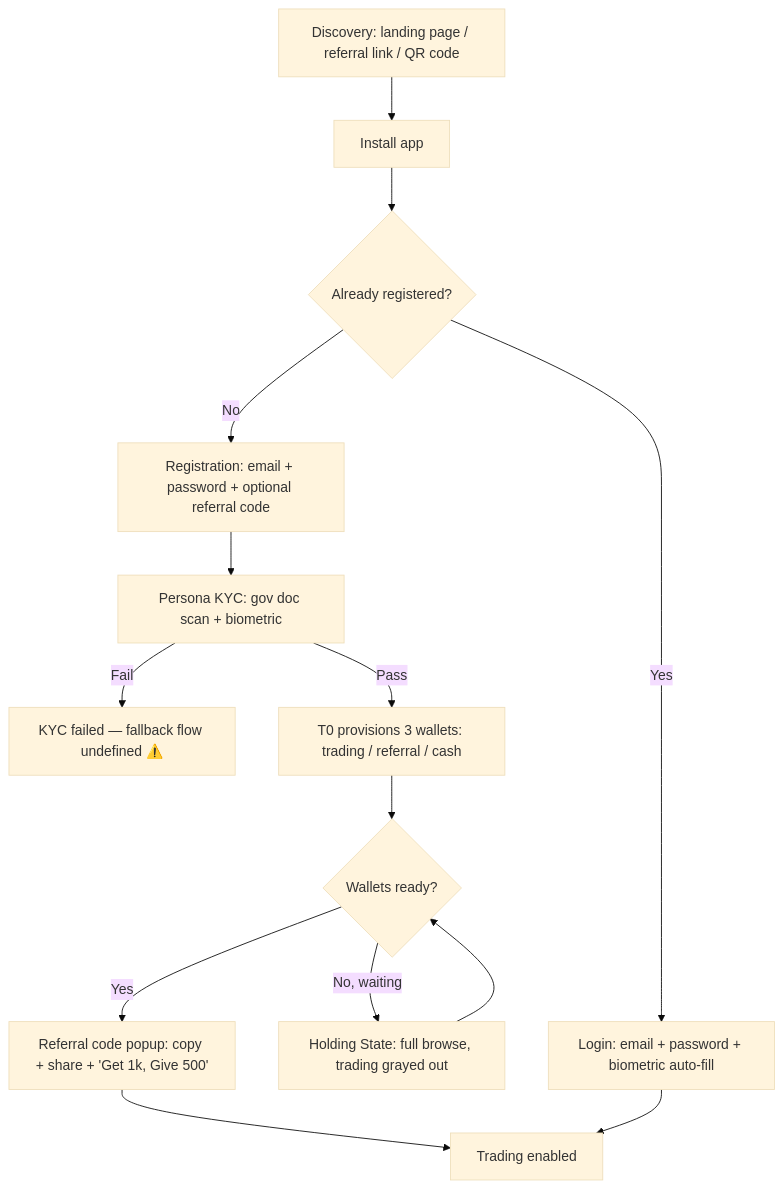
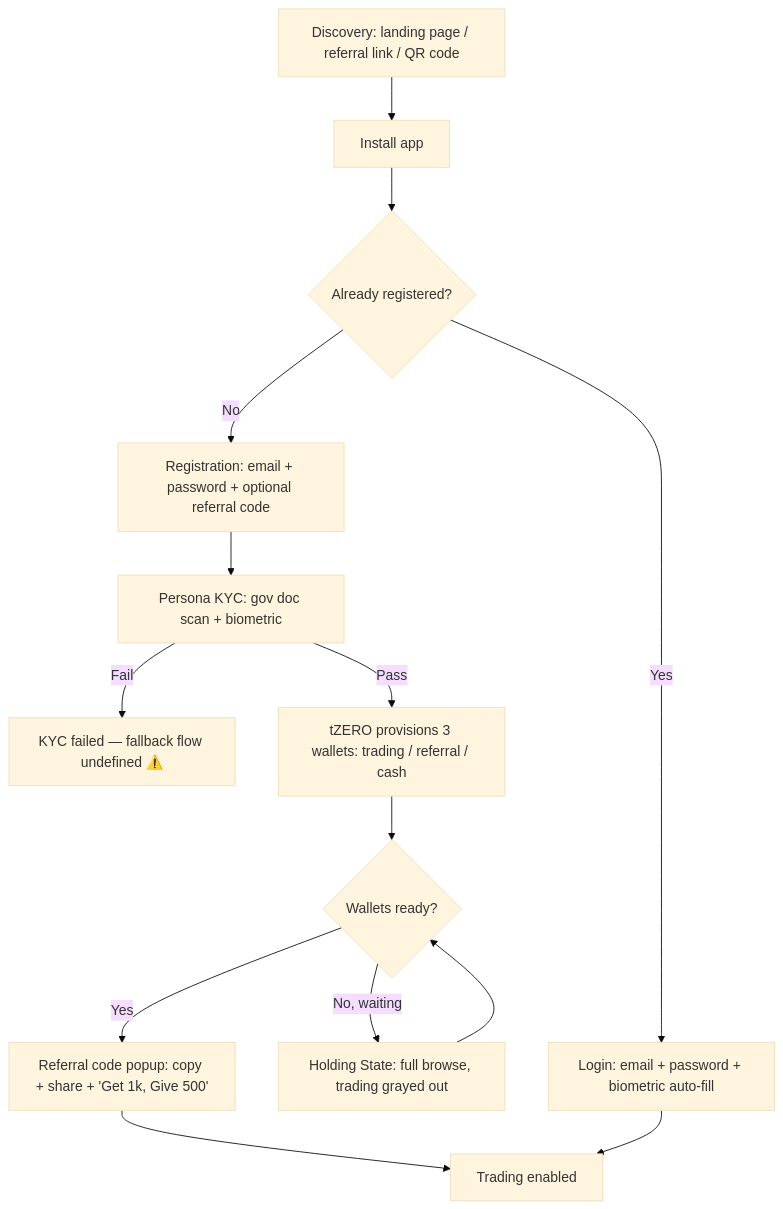
Before and after one commit to Novosapien/inplay-vault: the first of 3 diagrams in vault/components/customer-onboarding/customer-onboarding.md, drawn with Mermaid (base theme). The commit also changed other lines of this file and 94 other files, not shown here.

````diff
--- a/vault/components/customer-onboarding/customer-onboarding.md
+++ b/vault/components/customer-onboarding/customer-onboarding.md
@@ -79,16 +79,16 @@
 ```mermaid
 graph TD
     A[Discovery: landing page / referral link / QR code] --> B[Install app]
     B --> C{Already registered?}
     C -->|Yes| D[Login: email + password + biometric auto-fill]
     C -->|No| E[Registration: email + password + optional referral code]
     E --> F[Persona KYC: gov doc scan + biometric]
     F -->|Fail| G[KYC failed — fallback flow undefined ⚠️]
-    F -->|Pass| H[T0 provisions 3 wallets: trading / referral / cash]
+    F -->|Pass| H[tZERO provisions 3 wallets: trading / referral / cash]
     H --> I{Wallets ready?}
     I -->|No, waiting| J[Holding State: full browse, trading grayed out]
     J --> I
     I -->|Yes| K[Referral code popup: copy + share + 'Get 1k, Give 500']
     K --> L[Trading enabled]
     D --> L
 ```
````
